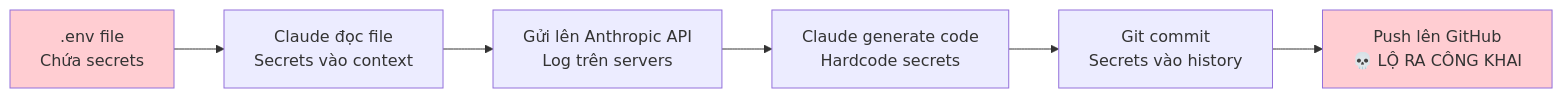
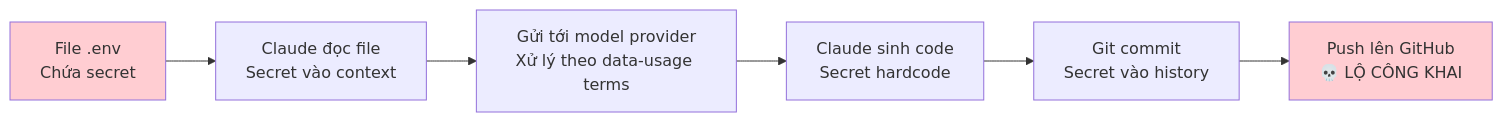
Before and after one commit to ShipWithAI/claude-code-mastery: the diagram in src/content/docs/vi/claude-code/phase-02-security/04-secret-management.md, drawn with Mermaid. The commit also changed other lines of this file and 1 other file, not shown here.

````diff
--- a/src/content/docs/vi/claude-code/phase-02-security/04-secret-management.md
+++ b/src/content/docs/vi/claude-code/phase-02-security/04-secret-management.md
@@ -28,11 +33,10 @@
 ```mermaid
 graph LR
-    A[".env file<br/>Chứa secrets"] --> B["Claude đọc file<br/>Secrets vào context"]
-    B --> C["Gửi lên Anthropic API<br/>Log trên servers"]
-    C --> D["Claude generate code<br/>Hardcode secrets"]
-    D --> E["Git commit<br/>Secrets vào history"]
-    E --> F["Push lên GitHub<br/>💀 LỘ RA CÔNG KHAI"]
-
+    A["File .env<br/>Chứa secret"] --> B["Claude đọc file<br/>Secret vào context"]
+    B --> C["Gửi tới model provider<br/>Xử lý theo data-usage terms"]
+    C --> D["Claude sinh code<br/>Secret hardcode"]
+    D --> E["Git commit<br/>Secret vào history"]
+    E --> F["Push lên GitHub<br/>💀 LỘ CÔNG KHAI"]
     style A fill:#ffcdd2
     style F fill:#ffcdd2
 ```
````
